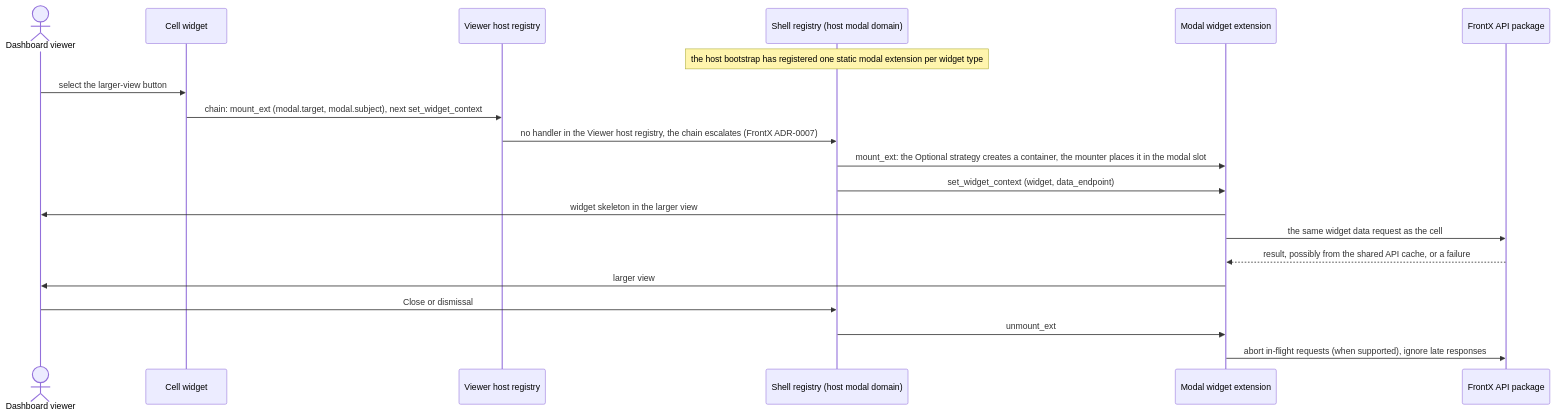
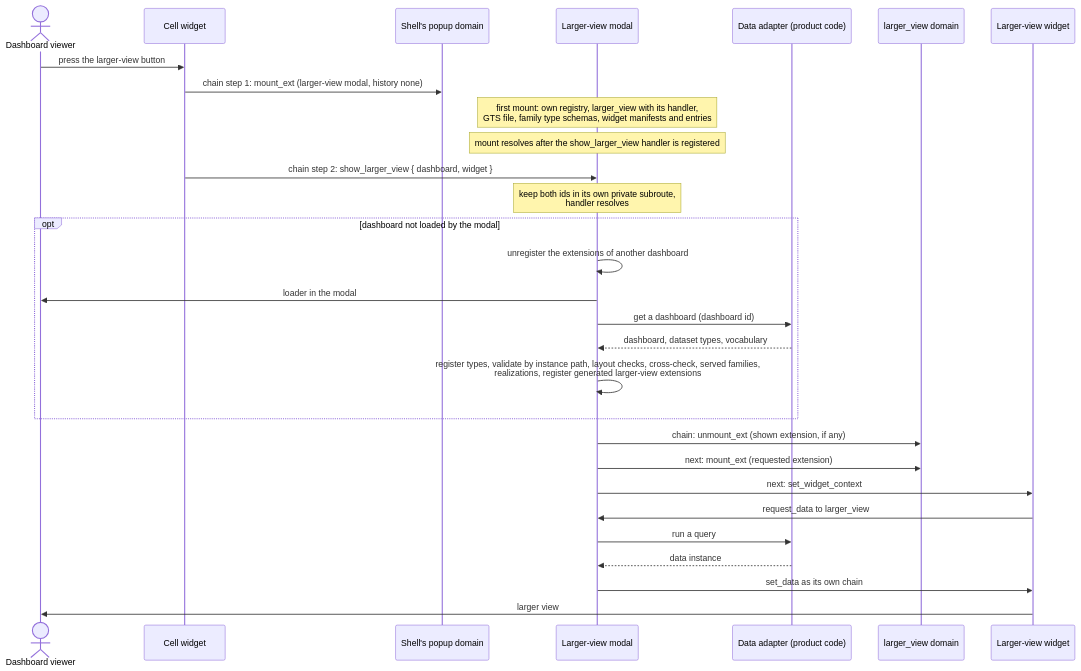
Before and after one commit to AndrejK666/gears-frontx-templates: the fifth of 11 diagrams in template-dashboard/architecture/DESIGN.md, drawn with Mermaid. The commit also changed other lines of this file and 25 other files, not shown here.

Commit message:
docs: sdlc updated with the declarative data query

````diff
--- a/template-dashboard/architecture/DESIGN.md
+++ b/template-dashboard/architecture/DESIGN.md
@@ -819,23 +1082,32 @@
 ```mermaid
 sequenceDiagram
     actor U as Dashboard viewer
-    participant CW as Cell widget
-    participant VR as Viewer host registry
-    participant SR as Shell registry (host modal domain)
-    participant MW as Modal widget extension
-    participant API as FrontX API package
+    participant C as Cell widget
+    participant PD as Shell's popup domain
+    participant M as Larger-view modal
+    participant DA as Data adapter (product code)
+    participant LV as larger_view domain
+    participant W as Larger-view widget
 
-    Note over SR: the host bootstrap has registered one static modal extension per widget type
-    U->>CW: select the larger-view button
-    CW->>VR: chain: mount_ext (modal.target, modal.subject), next set_widget_context
-    VR->>SR: no handler in the Viewer host registry, the chain escalates (FrontX ADR-0007)
-    SR->>MW: mount_ext: the Optional strategy creates a container, the mounter places it in the modal slot
-    SR->>MW: set_widget_context (widget, data_endpoint)
-    MW->>U: widget skeleton in the larger view
-    MW->>API: the same widget data request as the cell
-    API-->>MW: result, possibly from the shared API cache, or a failure
-    MW->>U: larger view
-    U->>SR: Close or dismissal
-    SR->>MW: unmount_ext
-    MW->>API: abort in-flight requests (when supported), ignore late responses
+    U->>C: press the larger-view button
+    C->>PD: chain step 1: mount_ext (larger-view modal, history none)
+    Note over M: first mount: own registry, larger_view with its handler,<br/>GTS file, family type schemas, widget manifests and entries
+    Note over M: mount resolves after the show_larger_view handler is registered
+    C->>M: chain step 2: show_larger_view { dashboard, widget }
+    Note over M: keep both ids in its own private subroute,<br/>handler resolves
+    opt dashboard not loaded by the modal
+        M->>M: unregister the extensions of another dashboard
+        M->>U: loader in the modal
+        M->>DA: get a dashboard (dashboard id)
+        DA-->>M: dashboard, dataset types, vocabulary
+        M->>M: register types, validate by instance path, layout checks, cross-check, served families,<br/>realizations, register generated larger-view extensions
+    end
+    M->>LV: chain: unmount_ext (shown extension, if any)
+    M->>LV: next: mount_ext (requested extension)
+    M->>W: next: set_widget_context
+    W->>M: request_data to larger_view
+    M->>DA: run a query
+    DA-->>M: data instance
+    M->>W: set_data as its own chain
+    W->>U: larger view
 ```
````
